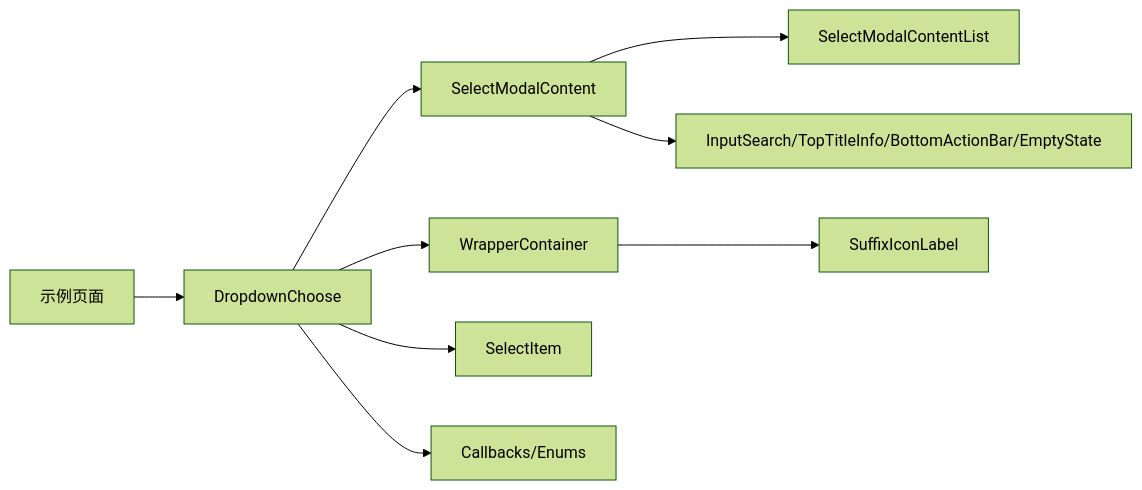
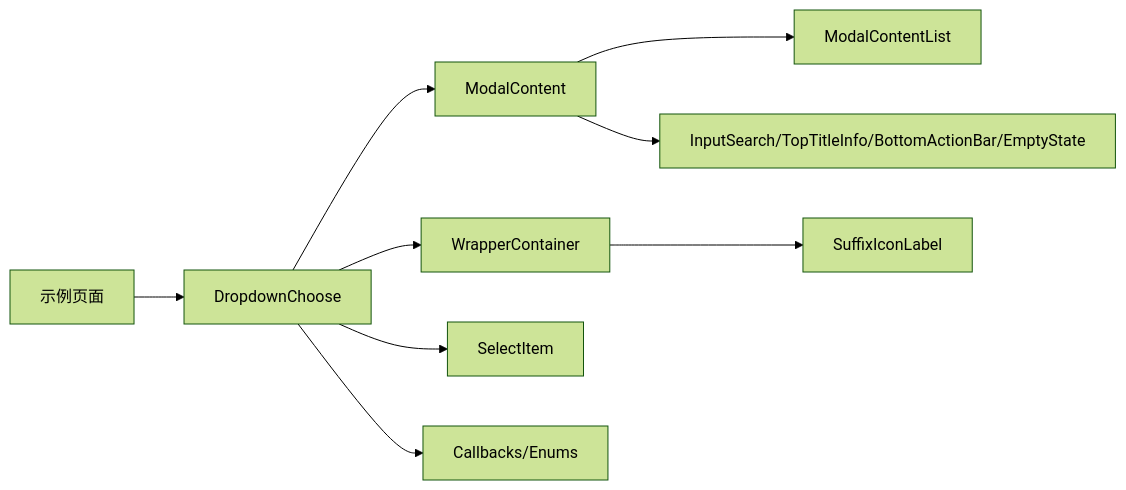
The sixth of 6 diagrams in .qoder/repowiki/zh/content/高级组件/下拉选择器.md (yuzhido/lite-ui), drawn with Mermaid (forest theme) before and after one commit. The commit also changed other lines of this file and 16 other files, not shown here.

````diff
--- a/.qoder/repowiki/zh/content/高级组件/下拉选择器.md
+++ b/.qoder/repowiki/zh/content/高级组件/下拉选择器.md
@@ -327,11 +356,11 @@
 ```mermaid
 graph LR
-DC["DropdownChoose"] --> SM["SelectModalContent"]
+DC["DropdownChoose"] --> SM["ModalContent"]
 DC --> W["WrapperContainer"]
 W --> SIL["SuffixIconLabel"]
 DC --> SI["SelectItem"]
 DC --> CB["Callbacks/Enums"]
-SM --> SL["SelectModalContentList"]
+SM --> SL["ModalContentList"]
 SM --> UI["InputSearch/TopTitleInfo/BottomActionBar/EmptyState"]
 Example["示例页面"] --> DC
 ```
````
